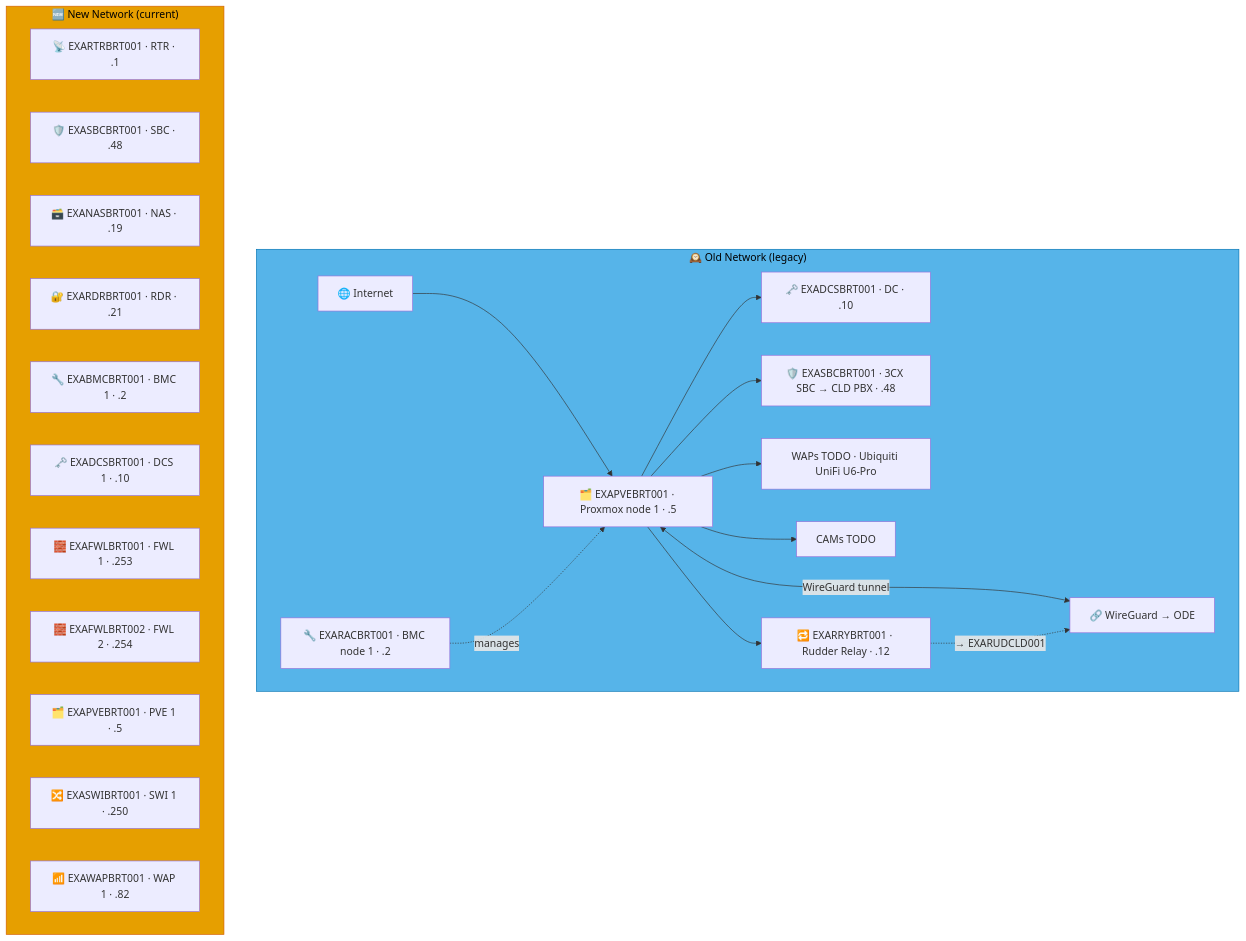
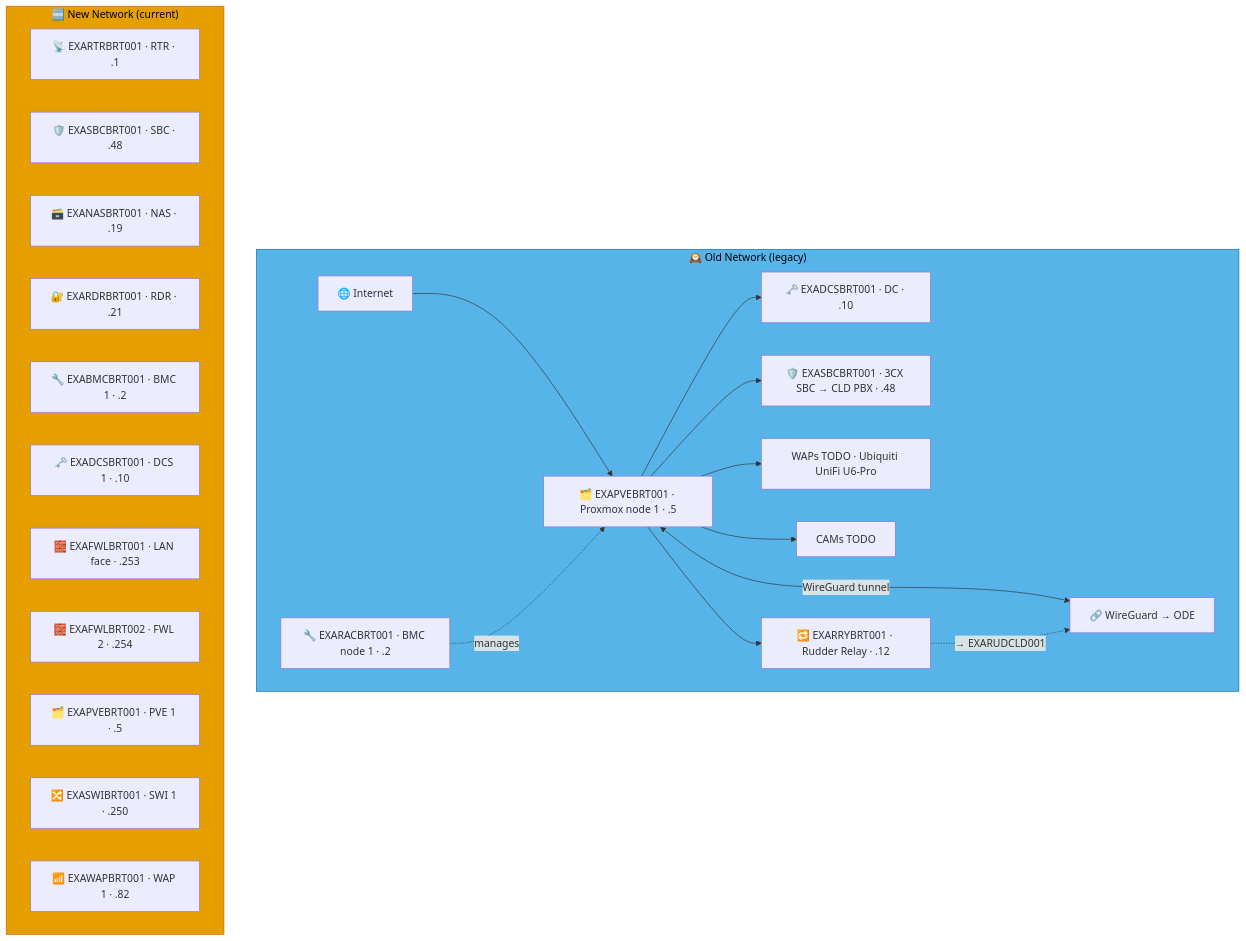
The diagram in docs/network-diagram/lebanon.md (knightmare2600/example_music_infra), drawn with Mermaid before and after one commit. The commit also changed 17 other files, not shown here.

````diff
--- a/docs/network-diagram/lebanon.md
+++ b/docs/network-diagram/lebanon.md
@@ -16,39 +16,39 @@
 ```mermaid
 graph TD
     subgraph OLD_BRT ["🕰️ Old Network (legacy)"]
       INET["🌐 Internet"]
       RAC["🔧 EXARACBRT001 · BMC node 1 · .2"]
       PVE["🗂️ EXAPVEBRT001 · Proxmox node 1 · .5"]
       DC["🗝️ EXADCSBRT001 · DC · .10"]
       SBC["🛡️ EXASBCBRT001 · 3CX SBC → CLD PBX · .48"]
       RRY["🔁 EXARRYBRT001 · Rudder Relay · .12"]
       WAP["WAPs TODO · Ubiquiti UniFi U6-Pro"]
       CAM["CAMs TODO"]
       VPN["🔗 WireGuard → ODE"]
 
       INET --> PVE --> DC & SBC
       RAC -.->|"manages"| PVE
       PVE --> WAP & CAM
       PVE <-->|"WireGuard tunnel"| VPN
 
       PVE --> RRY
       RRY -. "→ EXARUDCLD001" .-> VPN
     end
     style OLD_BRT fill:#56B4E9,stroke:#0072B2,color:#000000
     %% GENERATED:NEW-NETWORK:BRT:START
     subgraph NEW_BRT ["🆕 New Network (current)"]
       N_RTR["📡 EXARTRBRT001 · RTR · .1"]
       N_SBC["🛡️ EXASBCBRT001 · SBC · .48"]
       N_NAS["🗃️ EXANASBRT001 · NAS · .19"]
       N_RDR["🔐 EXARDRBRT001 · RDR · .21"]
       N_BMC["🔧 EXABMCBRT001 · BMC 1 · .2"]
       N_DCS["🗝️ EXADCSBRT001 · DCS 1 · .10"]
-      N_FWL["🧱 EXAFWLBRT001 · FWL 1 · .253"]
+      N_FWL["🧱 EXAFWLBRT001 · LAN face · .253"]
       N_FWL2["🧱 EXAFWLBRT002 · FWL 2 · .254"]
       N_PVE["🗂️ EXAPVEBRT001 · PVE 1 · .5"]
       N_SWI["🔀 EXASWIBRT001 · SWI 1 · .250"]
       N_WAP["📶 EXAWAPBRT001 · WAP 1 · .82"]
     end
     style NEW_BRT fill:#E69F00,stroke:#D55E00,color:#000000
     %% GENERATED:NEW-NETWORK:BRT:END
 ```
````
